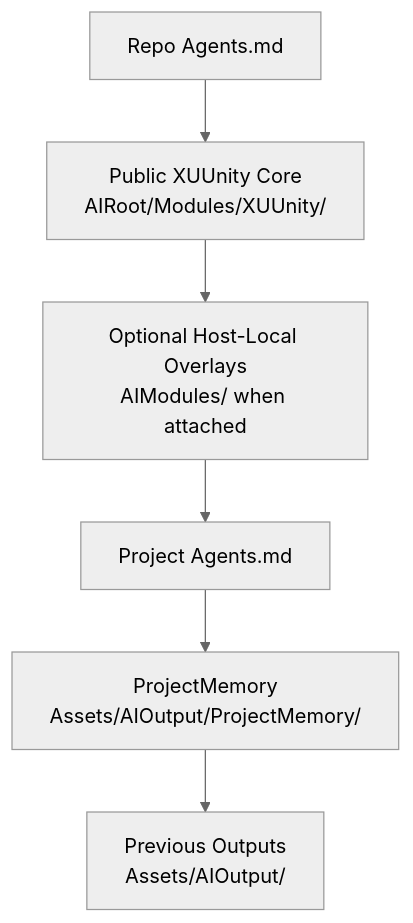
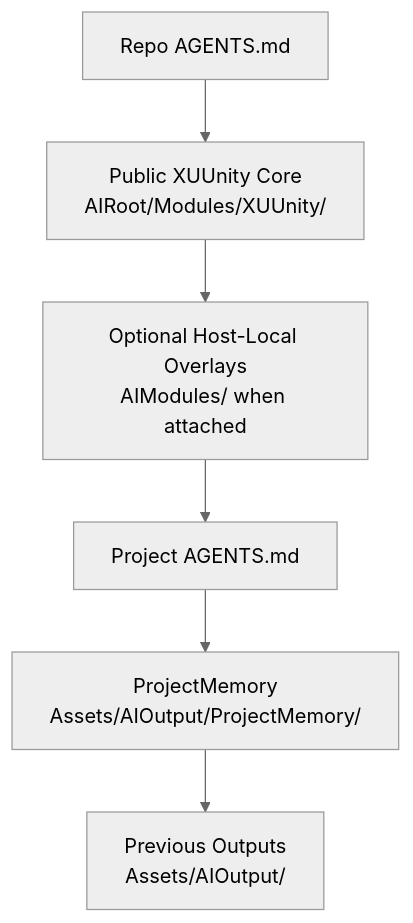
Before and after one commit to FoxsterDev/ai-research-hub: the third of 8 diagrams in Visuals/AI_PROTOCOL_VISUAL_MAP.md, drawn with Mermaid (neutral theme). The commit also changed other lines of this file and 30 other files, not shown here.

````diff
--- a/Visuals/AI_PROTOCOL_VISUAL_MAP.md
+++ b/Visuals/AI_PROTOCOL_VISUAL_MAP.md
@@ -53,8 +53,8 @@
 ```mermaid
 flowchart TD
-    A[Repo Agents.md] --> B[Public XUUnity Core<br/>AIRoot/Modules/XUUnity/]
+    A[Repo AGENTS.md] --> B[Public XUUnity Core<br/>AIRoot/Modules/XUUnity/]
     B --> C[Optional Host-Local Overlays<br/>AIModules/ when attached]
-    C --> D[Project Agents.md]
+    C --> D[Project AGENTS.md]
     D --> E[ProjectMemory<br/>Assets/AIOutput/ProjectMemory/]
     E --> F[Previous Outputs<br/>Assets/AIOutput/]
 ```
````
